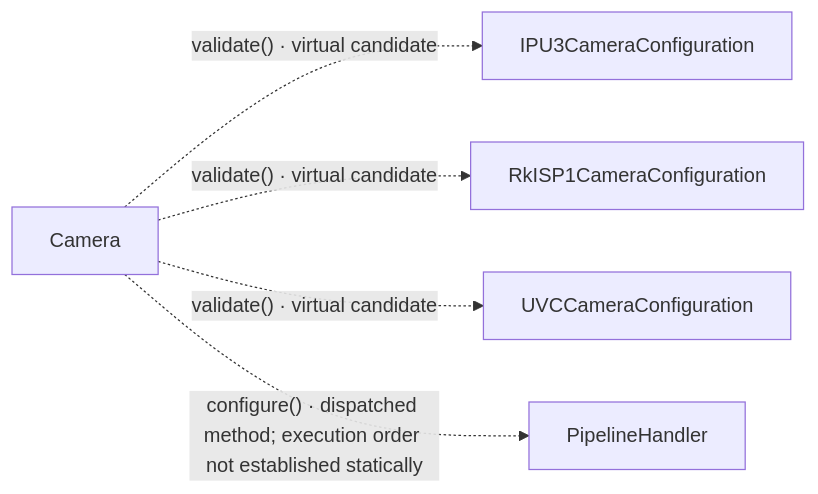
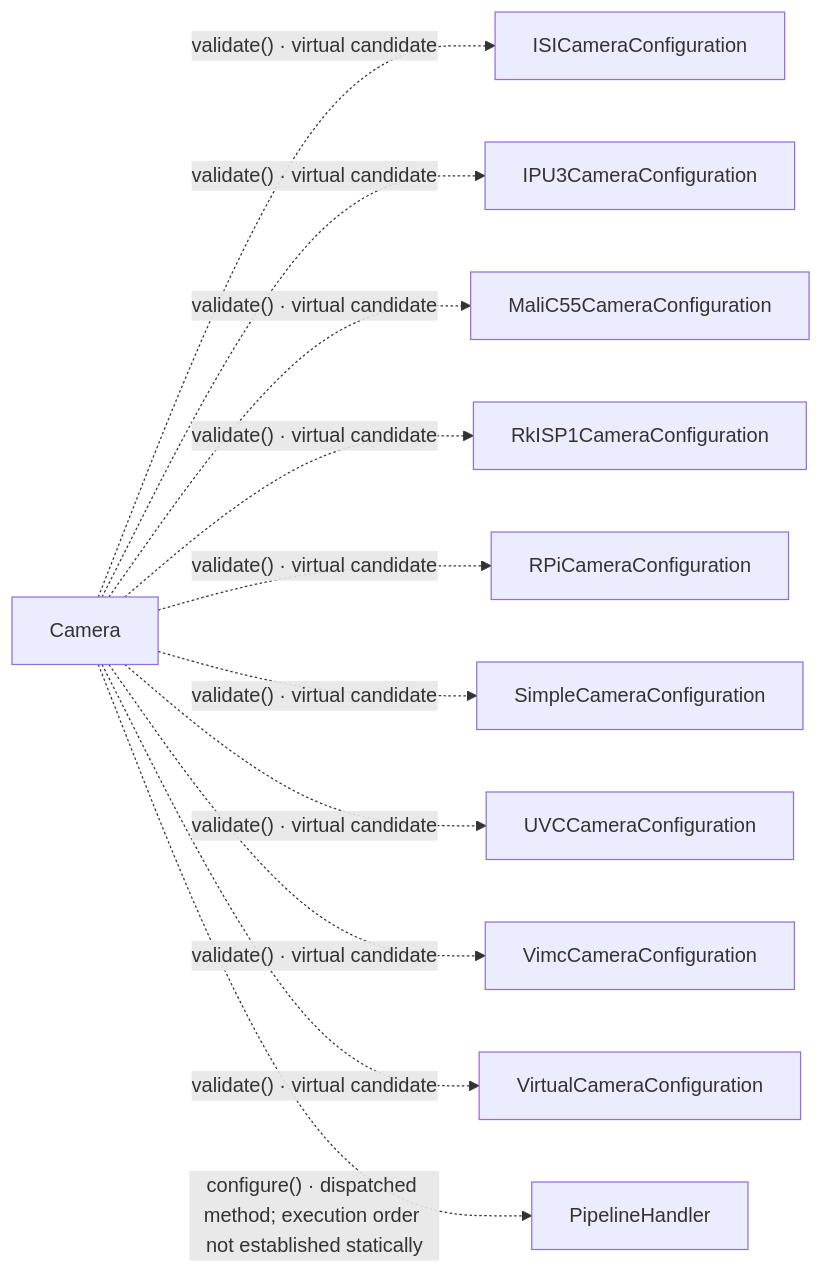
One commit to TTolsun/libcamera-sdd changed the diagram in docs/en/scenarios/configure.mmd. Above: the diagram before and after it, drawn with Mermaid. The commit also changed 61 other files, not shown here.

```diff
--- a/docs/en/scenarios/configure.mmd
+++ b/docs/en/scenarios/configure.mmd
@@ -1,10 +1,22 @@
 flowchart LR
   p0["Camera"]
   p1["IPU3CameraConfiguration"]
-  p2["PipelineHandler"]
-  p3["RkISP1CameraConfiguration"]
-  p4["UVCCameraConfiguration"]
+  p2["ISICameraConfiguration"]
+  p3["MaliC55CameraConfiguration"]
+  p4["PipelineHandler"]
+  p5["RPiCameraConfiguration"]
+  p6["RkISP1CameraConfiguration"]
+  p7["SimpleCameraConfiguration"]
+  p8["UVCCameraConfiguration"]
+  p9["VimcCameraConfiguration"]
+  p10["VirtualCameraConfiguration"]
+  p0 -.->|"validate() · virtual candidate"| p2
   p0 -.->|"validate() · virtual candidate"| p1
   p0 -.->|"validate() · virtual candidate"| p3
-  p0 -.->|"validate() · virtual candidate"| p4
-  p0 -.->|"configure() · dispatched method; execution order not established statically"| p2
+  p0 -.->|"validate() · virtual candidate"| p6
+  p0 -.->|"validate() · virtual candidate"| p5
+  p0 -.->|"validate() · virtual candidate"| p7
+  p0 -.->|"validate() · virtual candidate"| p8
+  p0 -.->|"validate() · virtual candidate"| p9
+  p0 -.->|"validate() · virtual candidate"| p10
+  p0 -.->|"configure() · dispatched method; execution order not established statically"| p4
```
